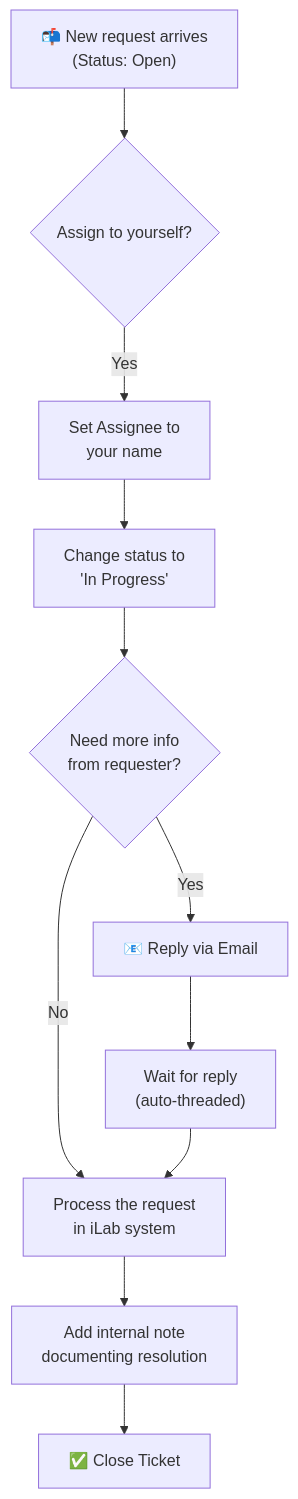
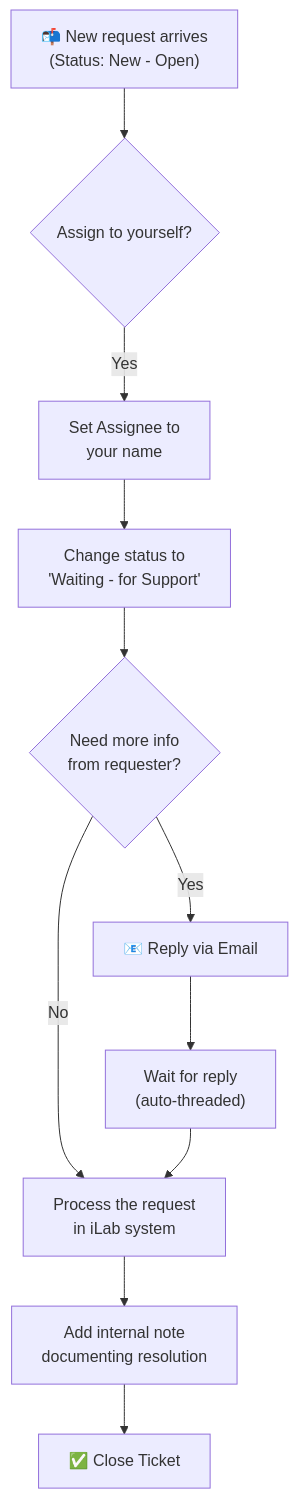
The third of 4 diagrams in docs/onboarding_guide.md (guiiids/account-requests-dashboard), drawn with Mermaid before and after one commit. The commit also changed other lines of this file and 10 other files, not shown here.

````diff
--- a/docs/onboarding_guide.md
+++ b/docs/onboarding_guide.md
@@ -187,13 +187,13 @@
 ```mermaid
 flowchart TD
-    A["📬 New request arrives\n(Status: Open)"] --> B{"Assign to yourself?"}
+    A["📬 New request arrives\n(Status: New - Open)"] --> B{"Assign to yourself?"}
     B -->|Yes| C["Set Assignee to\nyour name"]
-    C --> D["Change status to\n'In Progress'"]
+    C --> D["Change status to\n'Waiting - for Support'"]
     D --> E{"Need more info\nfrom requester?"}
     E -->|Yes| F["📧 Reply via Email"]
     E -->|No| G["Process the request\nin iLab system"]
     F --> H["Wait for reply\n(auto-threaded)"]
     H --> G
     G --> I["Add internal note\ndocumenting resolution"]
     I --> J["✅ Close Ticket"]
 ```
````
